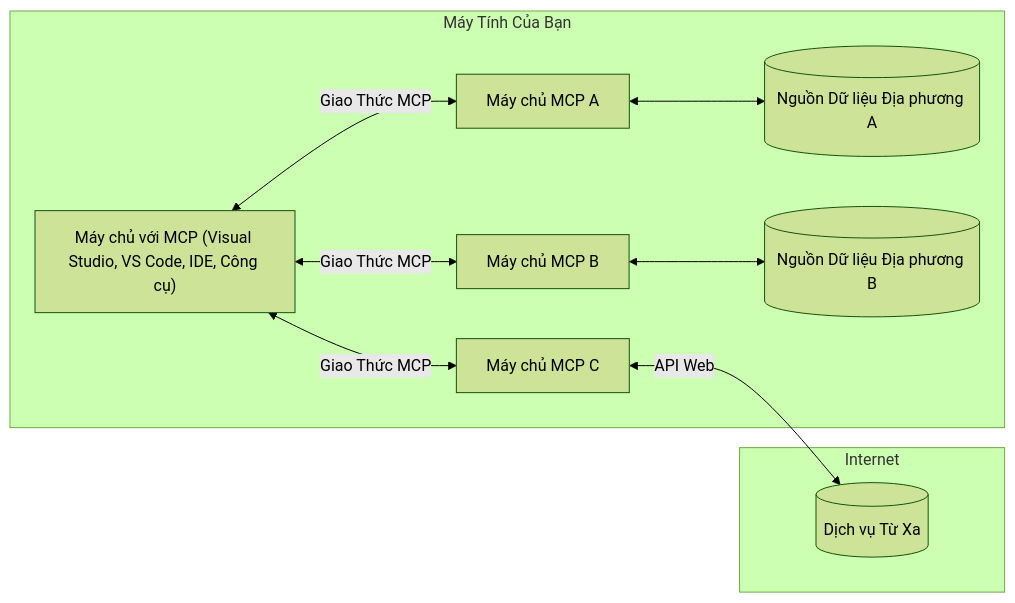
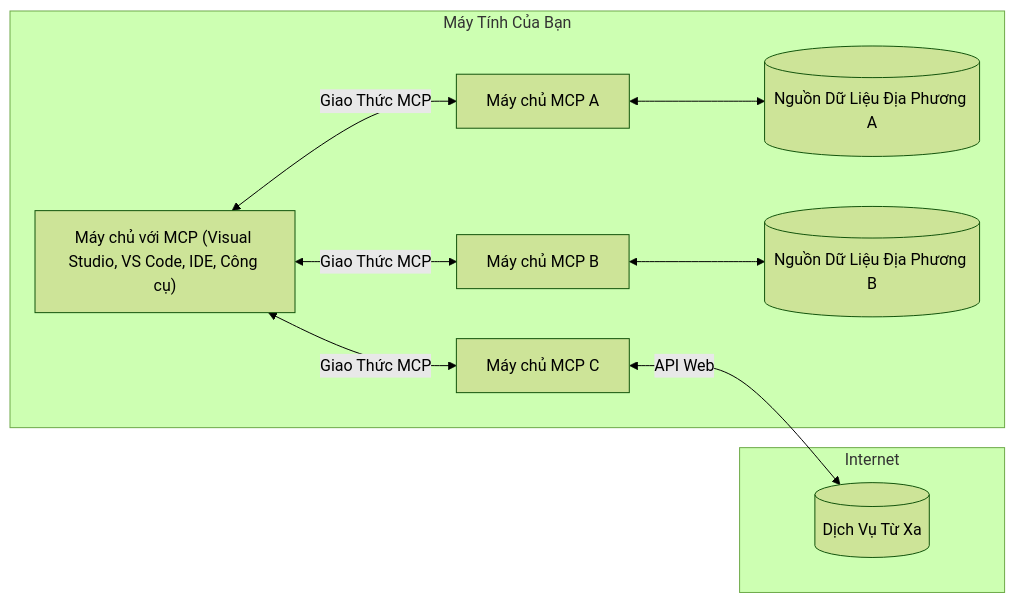
Before and after one commit to Mu-L/mcp-for-beginners: the diagram in translations/vi/01-CoreConcepts/README.md, drawn with Mermaid (forest theme). The commit also changed other lines of this file and 5 other files, not shown here.

````diff
--- a/translations/vi/01-CoreConcepts/README.md
+++ b/translations/vi/01-CoreConcepts/README.md
@@ -45,17 +45,17 @@
 ```mermaid
 flowchart LR
     subgraph "Máy Tính Của Bạn"
         Host["Máy chủ với MCP (Visual Studio, VS Code, IDE, Công cụ)"]
         S1["Máy chủ MCP A"]
         S2["Máy chủ MCP B"]
         S3["Máy chủ MCP C"]
         Host <-->|"Giao Thức MCP"| S1
         Host <-->|"Giao Thức MCP"| S2
         Host <-->|"Giao Thức MCP"| S3
-        S1 <--> D1[("Nguồn Dữ liệu Địa phương A")]
-        S2 <--> D2[("Nguồn Dữ liệu Địa phương B")]
+        S1 <--> D1[("Nguồn Dữ Liệu Địa Phương A")]
+        S2 <--> D2[("Nguồn Dữ Liệu Địa Phương B")]
     end
     subgraph "Internet"
-        S3 <-->|"API Web"| D3[("Dịch vụ Từ Xa")]
+        S3 <-->|"API Web"| D3[("Dịch Vụ Từ Xa")]
     end
 ```
````
